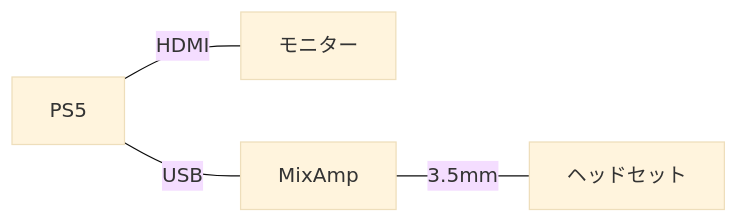
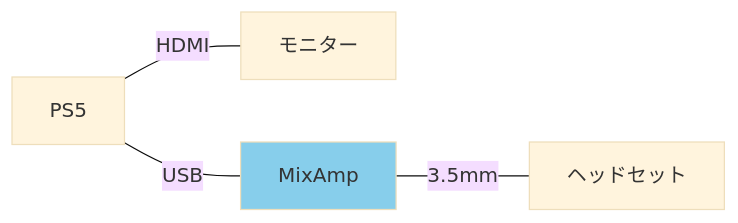
Before and after one commit to Dim0000/hugo-blog: the first of 2 diagrams in content/post/2021-08/game-ps5-mixamp-hdmiadapter.md, drawn with Mermaid (base theme). The commit also changed other lines of this file, not shown here.

```diff
--- a/content/post/2021-08/game-ps5-mixamp-hdmiadapter.md
+++ b/content/post/2021-08/game-ps5-mixamp-hdmiadapter.md
@@ -43,6 +45,7 @@
     <div class="mermaid">
     graph LR
+    classDef blue fill:#87CEEB
       PS5 ---|HDMI| モニター
-      PS5 ---|USB| MixAmp
+      PS5 ---|USB| MixAmp:::blue
       MixAmp ---|3.5mm| ヘッドセット
     </div>
```
